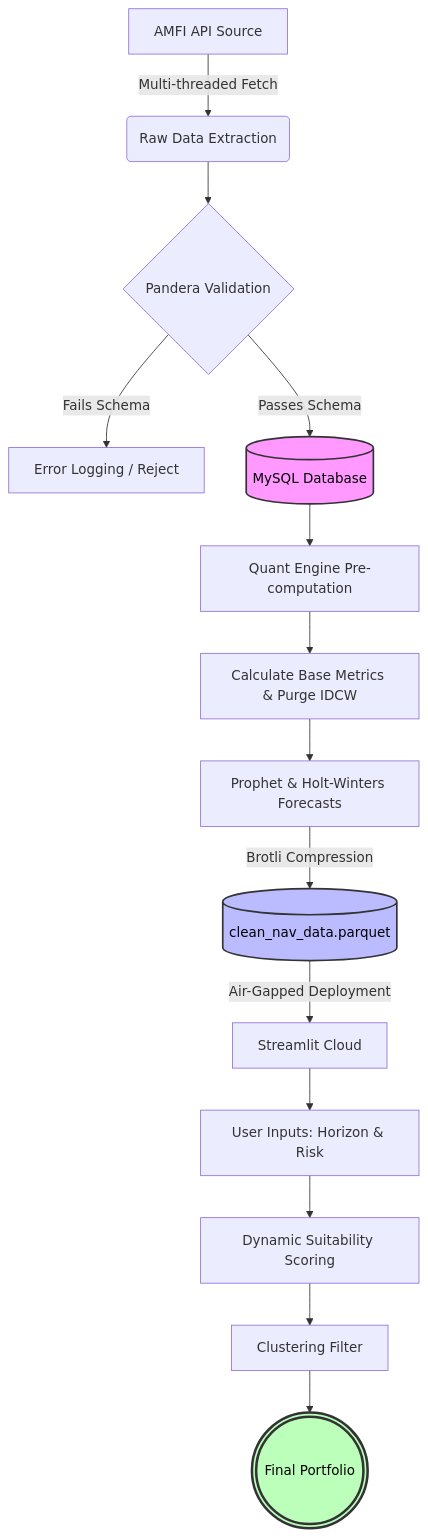
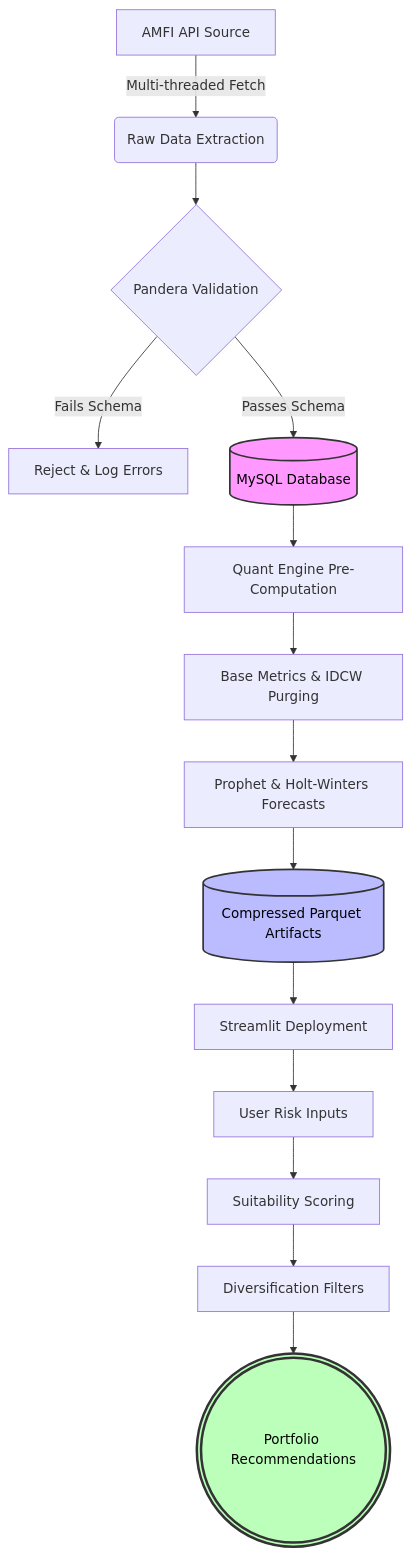
One commit to Aneek00/Financial-Data-Pipeline-and-Quantitative-Investment-Analytics-Engine changed the diagram in README.md. Above: the diagram before and after it, drawn with Mermaid. The commit also changed other lines of this file, not shown here.

````diff
--- a/README.md
+++ b/README.md
@@ -273,34 +197,34 @@
 ```mermaid
 flowchart TD
 
     A[AMFI API Source]
         -->|Multi-threaded Fetch| B(Raw Data Extraction)
 
     B --> C{Pandera Validation}
 
-    C -->|Fails Schema| D[Error Logging / Reject]
+    C -->|Fails Schema| D[Reject & Log Errors]
 
     C -->|Passes Schema| E[(MySQL Database)]
 
-    E --> F[Quant Engine Pre-computation]
+    E --> F[Quant Engine Pre-Computation]
 
-    F --> G[Calculate Base Metrics & Purge IDCW]
+    F --> G[Base Metrics & IDCW Purging]
 
     G --> H[Prophet & Holt-Winters Forecasts]
 
-    H -->|Brotli Compression| I[(clean_nav_data.parquet)]
+    H --> I[(Compressed Parquet Artifacts)]
 
-    I -->|Air-Gapped Deployment| J[Streamlit Cloud]
+    I --> J[Streamlit Deployment]
 
-    J --> K[User Inputs: Horizon & Risk]
+    J --> K[User Risk Inputs]
 
-    K --> L[Dynamic Suitability Scoring]
+    K --> L[Suitability Scoring]
 
-    L --> M[Clustering Filter]
+    L --> M[Diversification Filters]
 
-    M --> N(((Final Portfolio)))
+    M --> N(((Portfolio Recommendations)))
 
     style E fill:#f9f,stroke:#333,stroke-width:2px,color:#000
     style I fill:#bbf,stroke:#333,stroke-width:2px,color:#000
     style N fill:#bfb,stroke:#333,stroke-width:3px,color:#000
 ```
````
